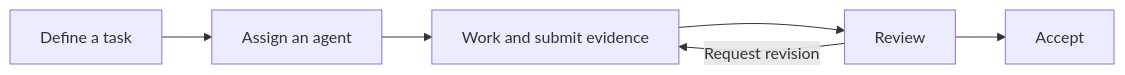
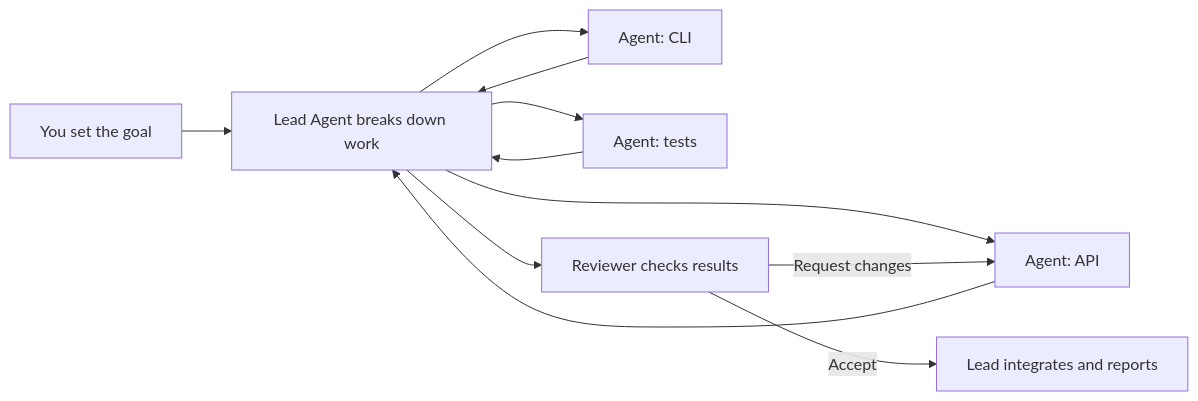
One commit to OthinusG/warp-lite changed the diagram in README.md. Above: the diagram before and after it, drawn with Mermaid. The commit also changed other lines of this file and 4 other files, not shown here.

````diff
--- a/README.md
+++ b/README.md
@@ -60,8 +56,13 @@
 ```mermaid
 flowchart LR
-    A[Define a task] --> B[Assign an agent]
-    B --> C[Work and submit evidence]
-    C --> D[Review]
-    D --> E[Accept]
-    D -->|Request revision| C
+    U[You set the goal] --> L[Lead Agent breaks down work]
+    L --> A[Agent: API]
+    L --> B[Agent: CLI]
+    L --> C[Agent: tests]
+    A --> L
+    B --> L
+    C --> L
+    L --> R[Reviewer checks results]
+    R -->|Request changes| A
+    R -->|Accept| F[Lead integrates and reports]
 ```
````
